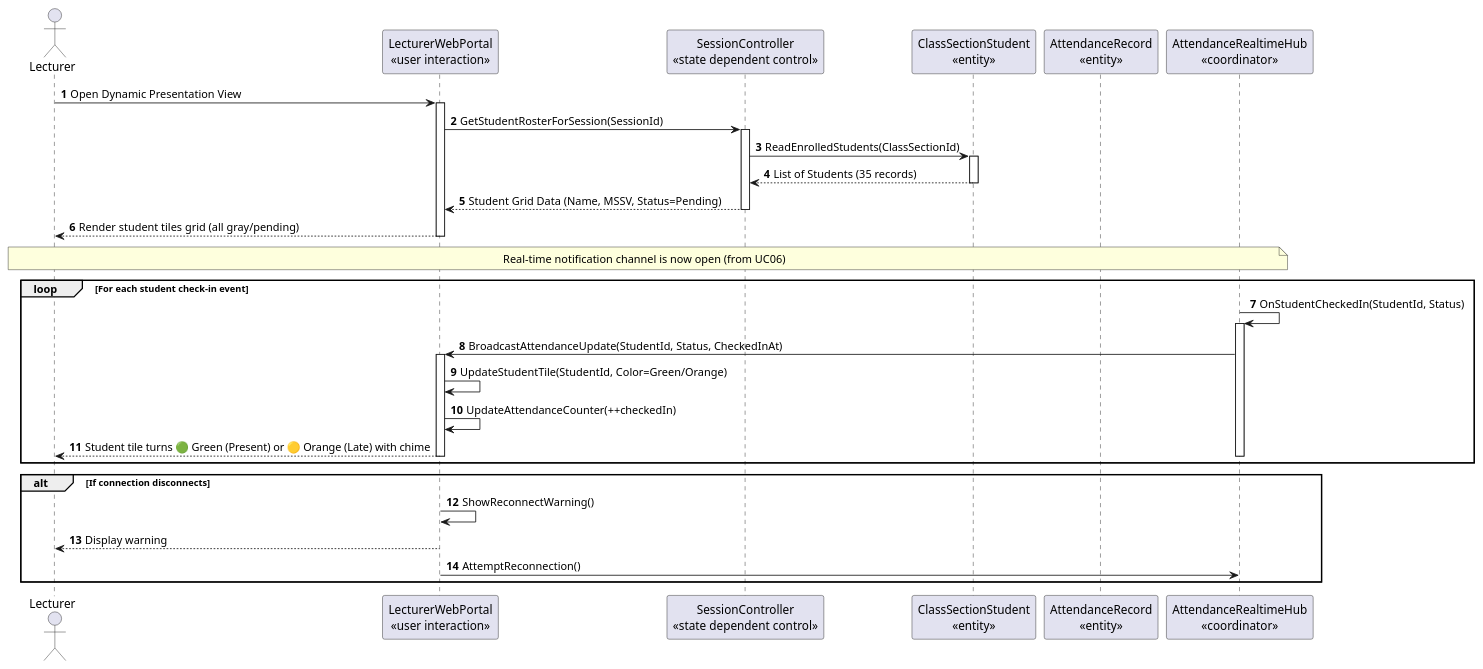
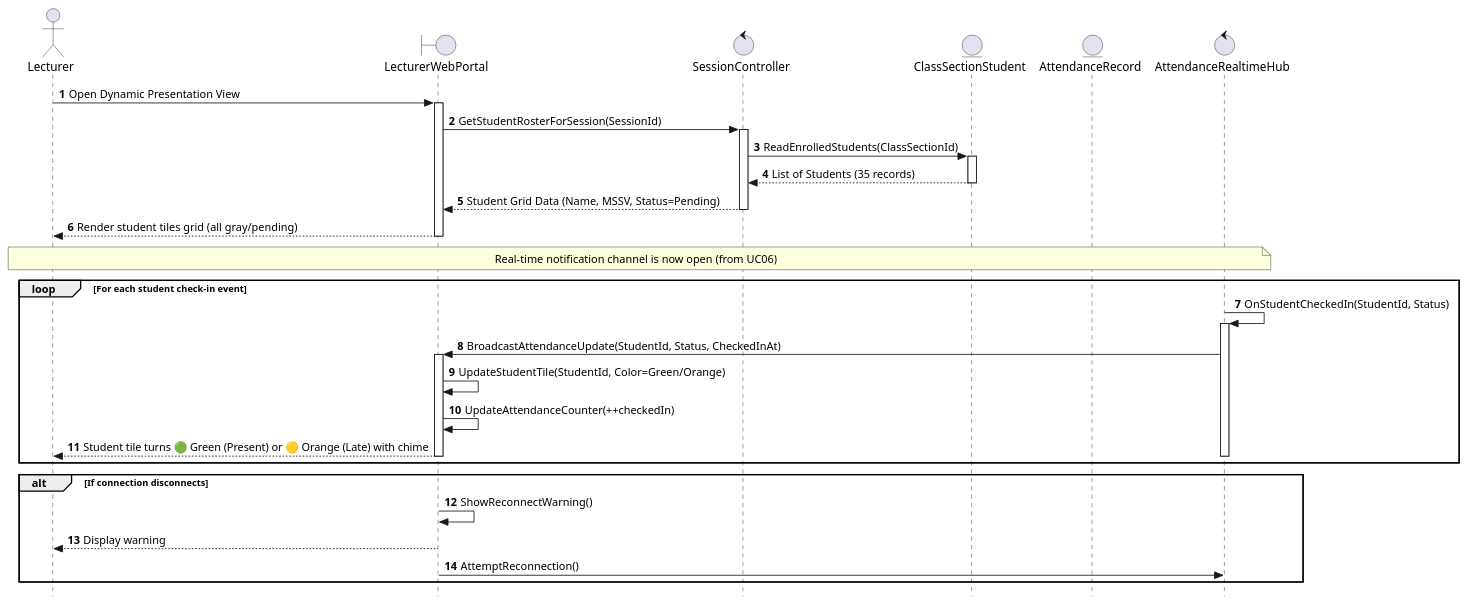
Before and after one commit to nttung42/SWD392: diagram 18 of 31 in MainDocs/AFAS_RDS_Document_Part1B_Analysis_models.md, drawn with PlantUML. The commit also changed other lines of this file, not shown here.

Commit message:
docs: refactor sequence diagrams to use strict UML/BCE and add message description tables

````diff
--- a/MainDocs/AFAS_RDS_Document_Part1B_Analysis_models.md
+++ b/MainDocs/AFAS_RDS_Document_Part1B_Analysis_models.md
@@ -935,44 +1088,45 @@
 ```plantuml
 @startuml
+skinparam style strictuml
 autonumber
 actor GV as "Lecturer"
-participant LWP as "LecturerWebPortal\n«user interaction»"
-participant SC as "SessionController\n«state dependent control»"
-participant CS as "ClassSectionStudent\n«entity»"
-participant AR as "AttendanceRecord\n«entity»"
-participant WSH as "AttendanceRealtimeHub\n«coordinator»"
+boundary LWP as "LecturerWebPortal"
+control SC as "SessionController"
+entity CS as "ClassSectionStudent"
+entity AR as "AttendanceRecord"
+control WSH as "AttendanceRealtimeHub"
 
 GV -> LWP : Open Dynamic Presentation View
 activate LWP
 LWP -> SC : GetStudentRosterForSession(SessionId)
 activate SC
 SC -> CS : ReadEnrolledStudents(ClassSectionId)
 activate CS
 CS --> SC : List of Students (35 records)
 deactivate CS
 SC --> LWP : Student Grid Data (Name, MSSV, Status=Pending)
 deactivate SC
 LWP --> GV : Render student tiles grid (all gray/pending)
 deactivate LWP
 
 note over GV, WSH : Real-time notification channel is now open (from UC06)
 
 loop For each student check-in event
     WSH -> WSH : OnStudentCheckedIn(StudentId, Status)
     activate WSH
     WSH -> LWP : BroadcastAttendanceUpdate(StudentId, Status, CheckedInAt)
     activate LWP
     LWP -> LWP : UpdateStudentTile(StudentId, Color=Green/Orange)
     LWP -> LWP : UpdateAttendanceCounter(++checkedIn)
     LWP --> GV : Student tile turns 🟢 Green (Present) or 🟡 Orange (Late) with chime
     deactivate LWP
     deactivate WSH
 end
 
 alt If connection disconnects
     LWP -> LWP : ShowReconnectWarning()
     LWP --> GV : Display warning
     LWP -> WSH : AttemptReconnection()
 end
 @enduml
 ```
````
